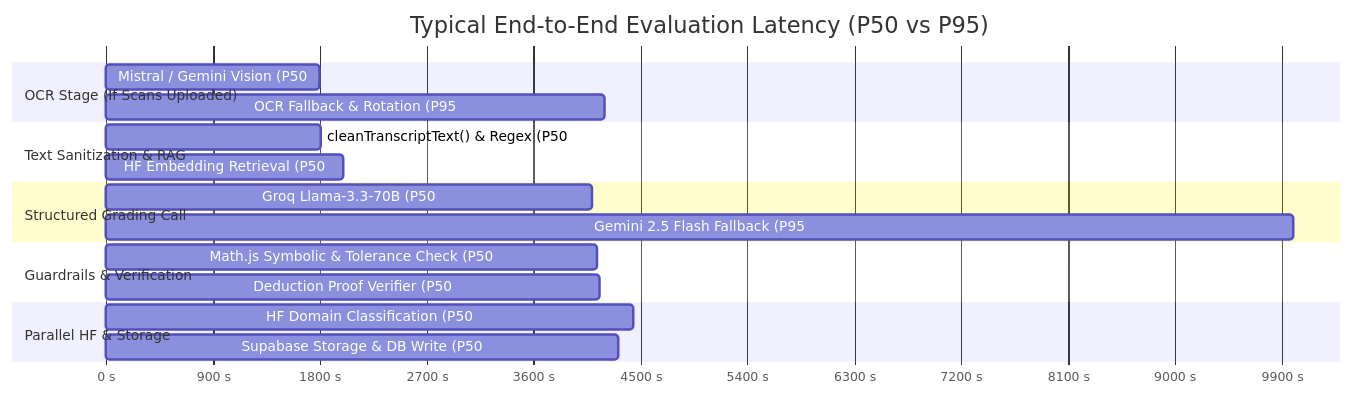
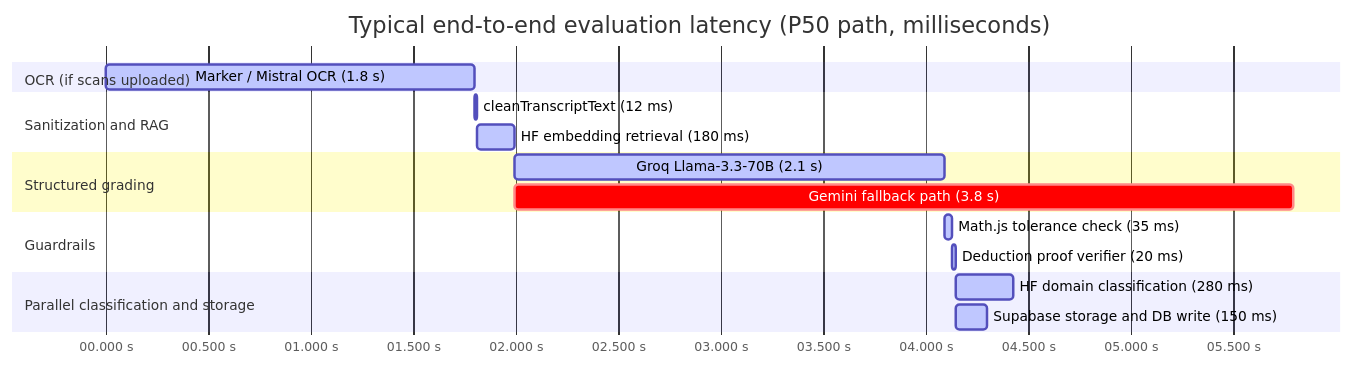
The fourth of 9 diagrams in README.md (DevSars24/PrepForge), drawn with Mermaid before and after one commit. The commit also changed other lines of this file, not shown here.

````diff
--- a/README.md
+++ b/README.md
@@ -213,26 +222,25 @@
 ```mermaid
 gantt
-    title Typical End-to-End Evaluation Latency (P50 vs P95)
-    dateFormat  X
-    axisFormat %s s
+    title Typical end-to-end evaluation latency (P50 path, milliseconds)
+    dateFormat x
+    axisFormat %S.%L s
 
-    section OCR Stage (If Scans Uploaded)
-    Mistral / Gemini Vision (P50: 1.8s) :active, 0, 1800
-    OCR Fallback & Rotation (P95: 4.2s) :crit, 0, 4200
+    section OCR (if scans uploaded)
+    Marker / Mistral OCR (1.8 s)          :active, ocr, 0, 1800
 
-    section Text Sanitization & RAG
-    cleanTranscriptText() & Regex (P50: 15ms) :active, 1800, 1815
-    HF Embedding Retrieval (P50: 180ms) :active, 1815, 1995
+    section Sanitization and RAG
+    cleanTranscriptText (12 ms)           :active, clean, 1800, 1812
+    HF embedding retrieval (180 ms)       :active, rag, 1812, 1992
 
-    section Structured Grading Call
-    Groq Llama-3.3-70B (P50: 2.1s) :active, 1995, 4095
-    Gemini 2.5 Flash Fallback (P95: 5.8s) :crit, 4200, 10000
+    section Structured grading
+    Groq Llama-3.3-70B (2.1 s)            :active, groq, 1992, 4092
+    Gemini fallback path (3.8 s)          :crit, gem, 1992, 5792
 
-    section Guardrails & Verification
-    Math.js Symbolic & Tolerance Check (P50: 45ms) :active, 4095, 4140
-    Deduction Proof Verifier (P50: 20ms) :active, 4140, 4160
+    section Guardrails
+    Math.js tolerance check (35 ms)       :active, math, 4092, 4127
+    Deduction proof verifier (20 ms)      :active, ded, 4127, 4147
 
-    section Parallel HF & Storage
-    HF Domain Classification (P50: 280ms) :active, 4160, 4440
-    Supabase Storage & DB Write (P50: 160ms) :active, 4160, 4320
+    section Parallel classification and storage
+    HF domain classification (280 ms)     :active, cls, 4147, 4427
+    Supabase storage and DB write (150 ms) :active, db, 4147, 4297
 ```
````
